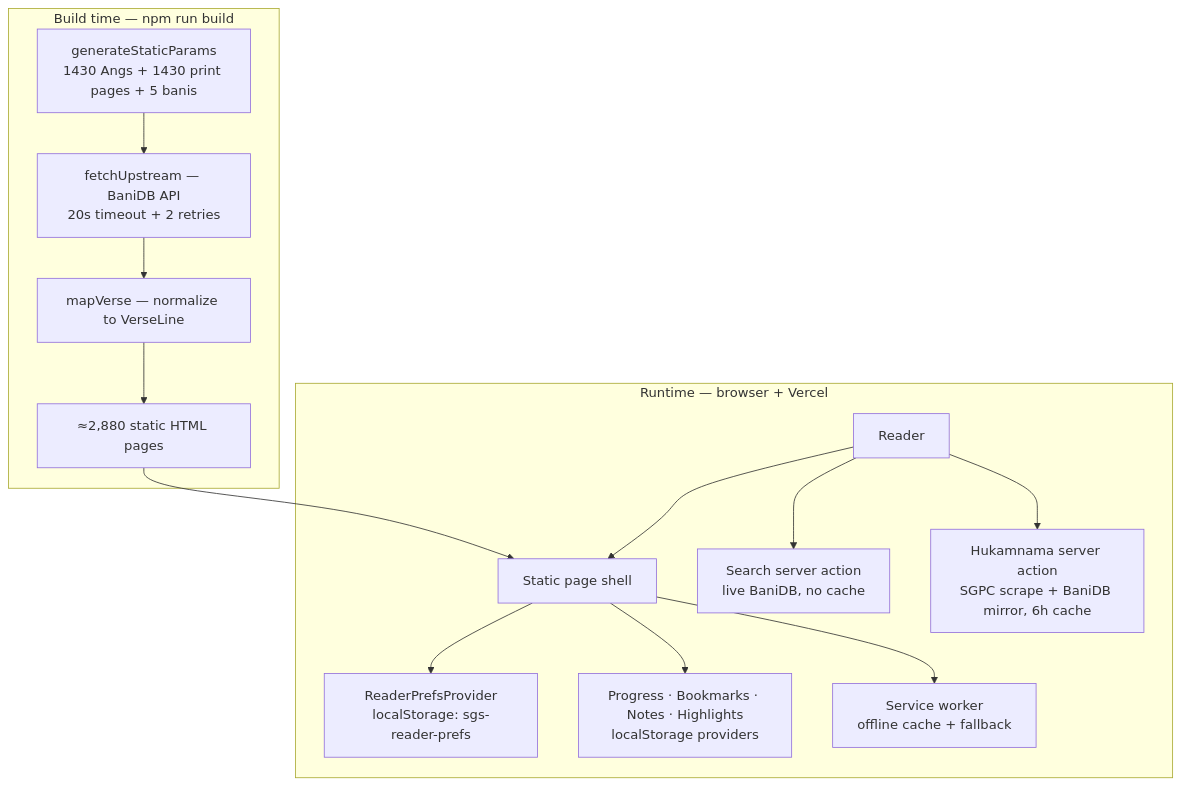
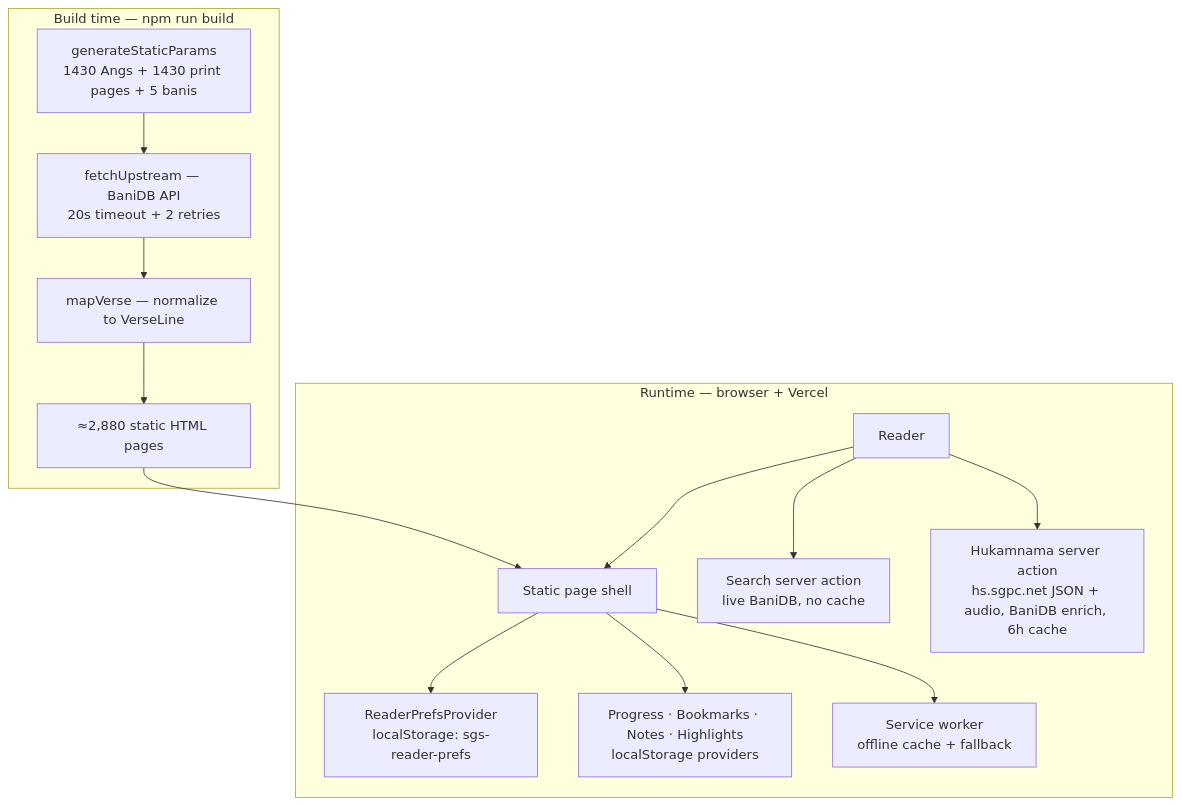
One commit to mithun-srinivasan/sggs changed the first of 5 diagrams in README.md. Above: the diagram before and after it, drawn with Mermaid. The commit also changed other lines of this file and 20 other files, not shown here.

Commit message:
Reliability batch: SGPC auto-update years, hs.sgpc.net Hukamnama, hover top bar, calendar keys, backup, CI, RULES

````diff
--- a/README.md
+++ b/README.md
@@ -38,26 +38,26 @@
 ```mermaid
 flowchart TD
     subgraph BUILD["Build time — npm run build"]
         GEN["generateStaticParams<br/>1430 Angs + 1430 print pages + 5 banis"]
         FETCH["fetchUpstream — BaniDB API<br/>20s timeout + 2 retries"]
         MAP["mapVerse — normalize to VerseLine"]
         HTML["≈2,880 static HTML pages"]
         GEN --> FETCH --> MAP --> HTML
     end
     subgraph RUNTIME["Runtime — browser + Vercel"]
         USER["Reader"]
         STATIC["Static page shell"]
         PREFS["ReaderPrefsProvider<br/>localStorage: sgs-reader-prefs"]
         DATA["Progress · Bookmarks · Notes · Highlights<br/>localStorage providers"]
         SEARCH["Search server action<br/>live BaniDB, no cache"]
-        HUKAM["Hukamnama server action<br/>SGPC scrape + BaniDB mirror, 6h cache"]
+        HUKAM["Hukamnama server action<br/>hs.sgpc.net JSON + audio, BaniDB enrich, 6h cache"]
         SW["Service worker<br/>offline cache + fallback"]
         USER --> STATIC
         STATIC --> PREFS
         STATIC --> DATA
         USER --> SEARCH
         USER --> HUKAM
         STATIC --> SW
     end
     HTML --> STATIC
 ```
````
